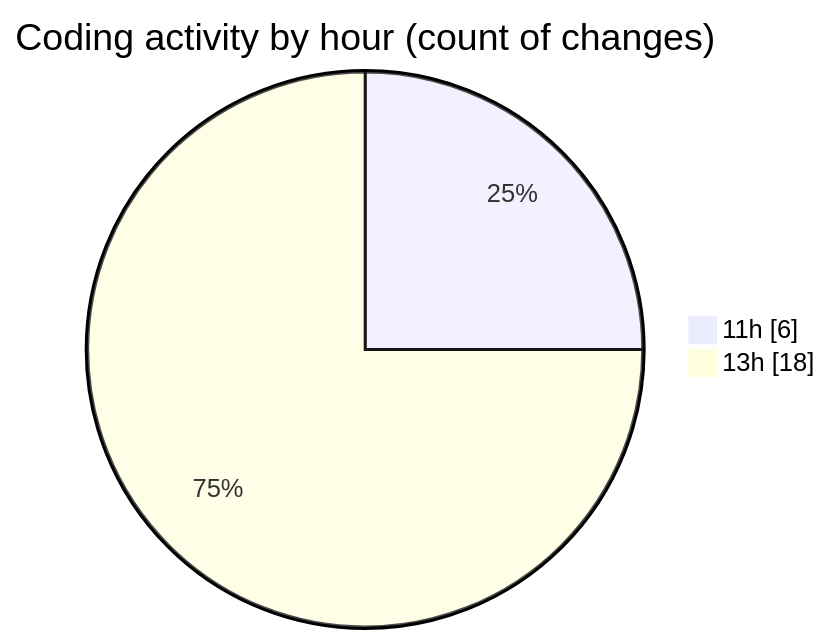
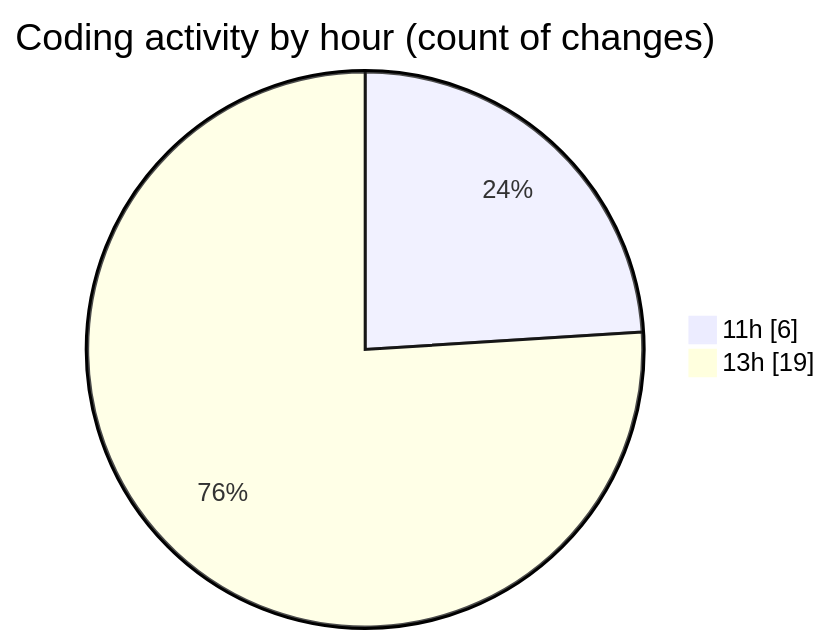
The second of 2 diagrams in 2025-04-24/enre_-_calculadora_de_consumo_v_2022_files/README.md (LanceThiago/code-tracking), drawn with Mermaid before and after one commit. The commit also changed other lines of this file and 1 other file, not shown here.

````diff
--- a/2025-04-24/enre_-_calculadora_de_consumo_v_2022_files/README.md
+++ b/2025-04-24/enre_-_calculadora_de_consumo_v_2022_files/README.md
@@ -32,6 +32,6 @@
 ```mermaid
 pie showData
 title Coding activity by hour (count of changes)
 "11h" : 6
-"13h" : 18
+"13h" : 19
 ```
````
